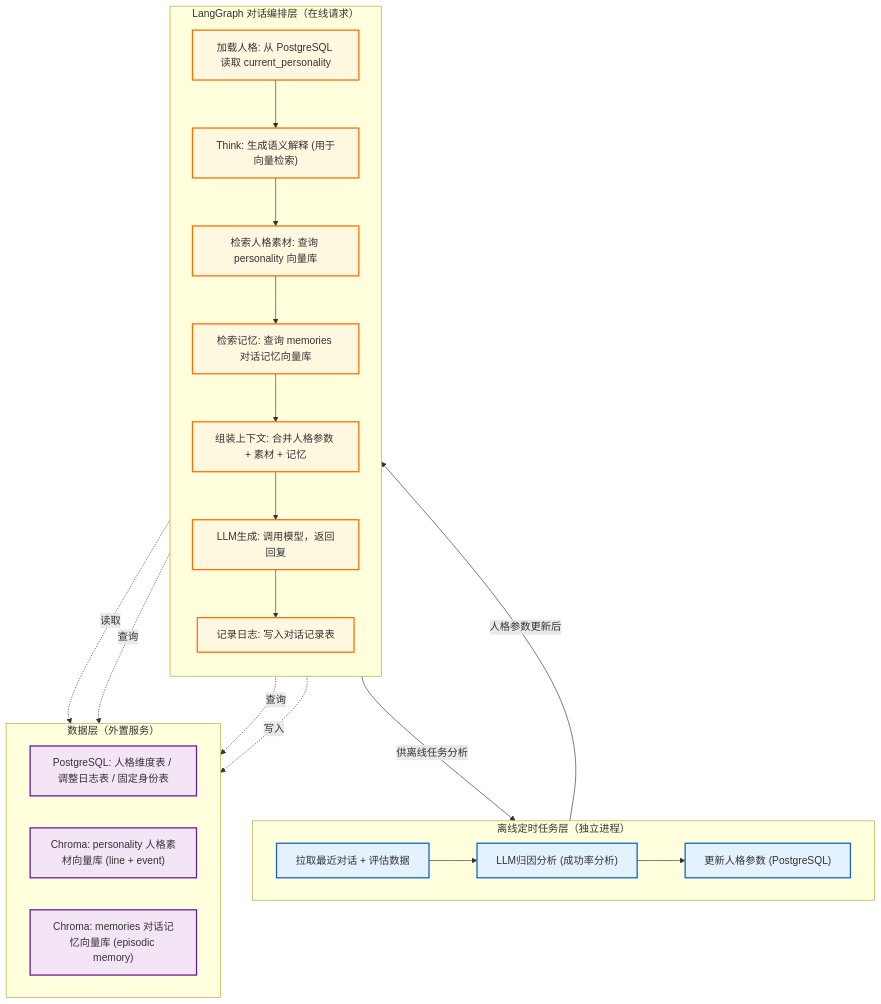
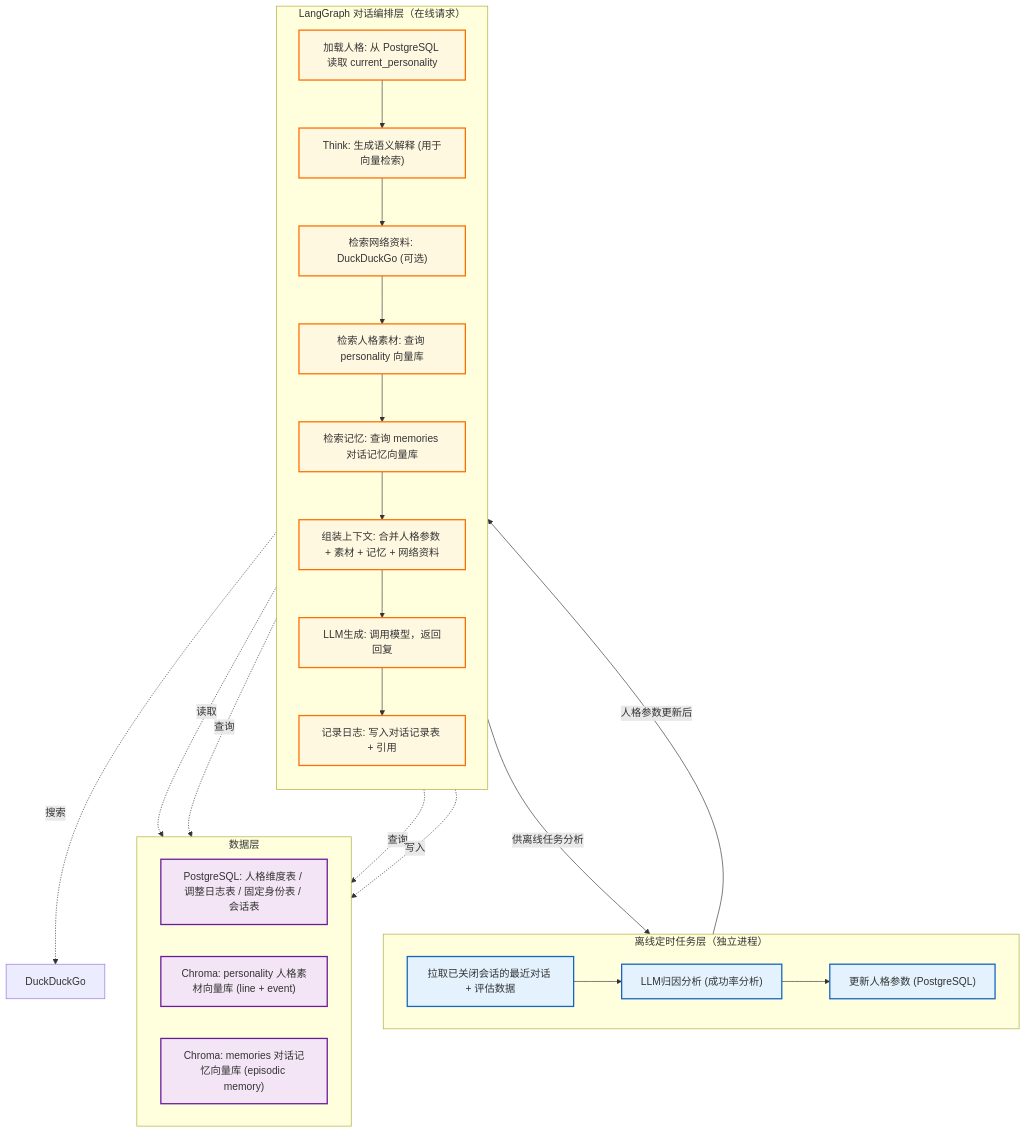
The diagram in README.md (ianzhang1988/mr.data), drawn with Mermaid before and after one commit. The commit also changed other lines of this file and 18 other files, not shown here.

````diff
--- a/README.md
+++ b/README.md
@@ -15,45 +15,47 @@
 ```mermaid
 flowchart TB
     subgraph Offline["离线定时任务层（独立进程）"]
         direction LR
-        OFF1["拉取最近对话 + 评估数据"]
+        OFF1["拉取已关闭会话的最近对话 + 评估数据"]
         OFF2["LLM归因分析 (成功率分析)"]
         OFF3["更新人格参数 (PostgreSQL)"]
         OFF1 --> OFF2 --> OFF3
     end
 
     subgraph Online["LangGraph 对话编排层（在线请求）"]
         direction TB
         ON1["加载人格: 从 PostgreSQL 读取 current_personality"]
         ON2["Think: 生成语义解释 (用于向量检索)"]
+        ON2b["检索网络资料: DuckDuckGo (可选)"]
         ON3["检索人格素材: 查询 personality 向量库"]
         ON4["检索记忆: 查询 memories 对话记忆向量库"]
-        ON5["组装上下文: 合并人格参数 + 素材 + 记忆"]
+        ON5["组装上下文: 合并人格参数 + 素材 + 记忆 + 网络资料"]
         ON6["LLM生成: 调用模型，返回回复"]
-        ON7["记录日志: 写入对话记录表"]
-        ON1 --> ON2 --> ON3 --> ON4 --> ON5 --> ON6 --> ON7
+        ON7["记录日志: 写入对话记录表 + 引用"]
+        ON1 --> ON2 --> ON2b --> ON3 --> ON4 --> ON5 --> ON6 --> ON7
     end
 
-    subgraph Data["数据层（外置服务）"]
+    subgraph Data["数据层"]
         direction LR
-        DB1["PostgreSQL: 人格维度表 / 调整日志表 / 固定身份表"]
+        DB1["PostgreSQL: 人格维度表 / 调整日志表 / 固定身份表 / 会话表"]
         DB2["Chroma: personality 人格素材向量库 (line + event)"]
         DB3["Chroma: memories 对话记忆向量库 (episodic memory)"]
     end
 
     OFF3 -->|"人格参数更新后"| ON1
     ON7 -->|"供离线任务分析"| OFF1
 
     ON1 -.->|"读取"| DB1
+    ON2b -.->|"搜索"| WEB["DuckDuckGo"]
     ON3 -.->|"查询"| DB2
     ON4 -.->|"查询"| DB3
     ON7 -.->|"写入"| DB1
 
     classDef offline fill:#e3f2fd,stroke:#1565c0,stroke-width:2px
     classDef online fill:#fff8e1,stroke:#ff6f00,stroke-width:2px
     classDef data fill:#f3e5f5,stroke:#6a1b9a,stroke-width:2px
 
     class OFF1,OFF2,OFF3 offline
-    class ON1,ON2,ON3,ON4,ON5,ON6,ON7 online
+    class ON1,ON2,ON2b,ON3,ON4,ON5,ON6,ON7 online
     class DB1,DB2,DB3 data
 ```
````
